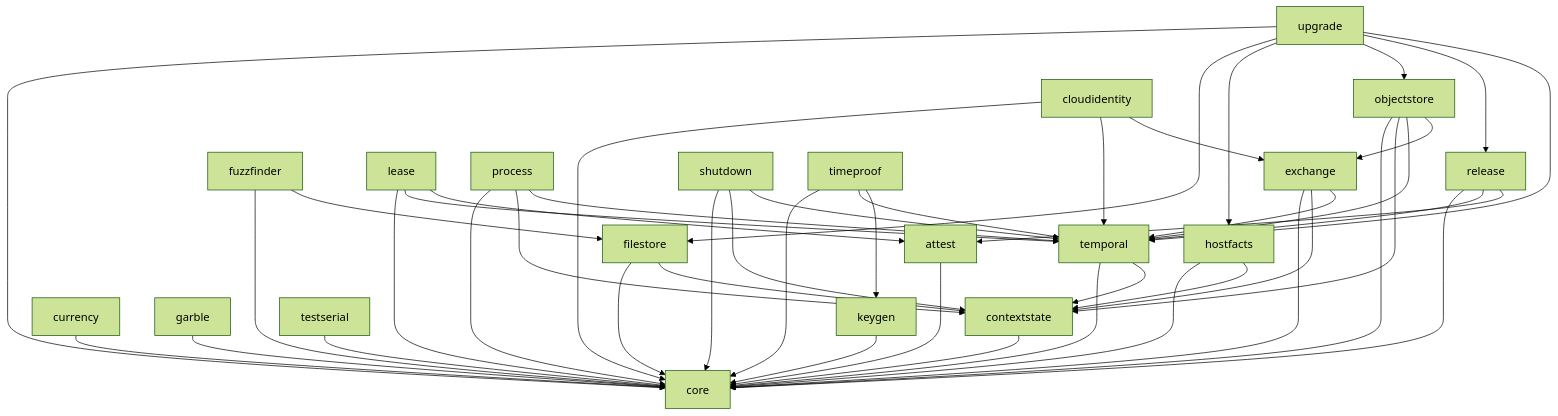
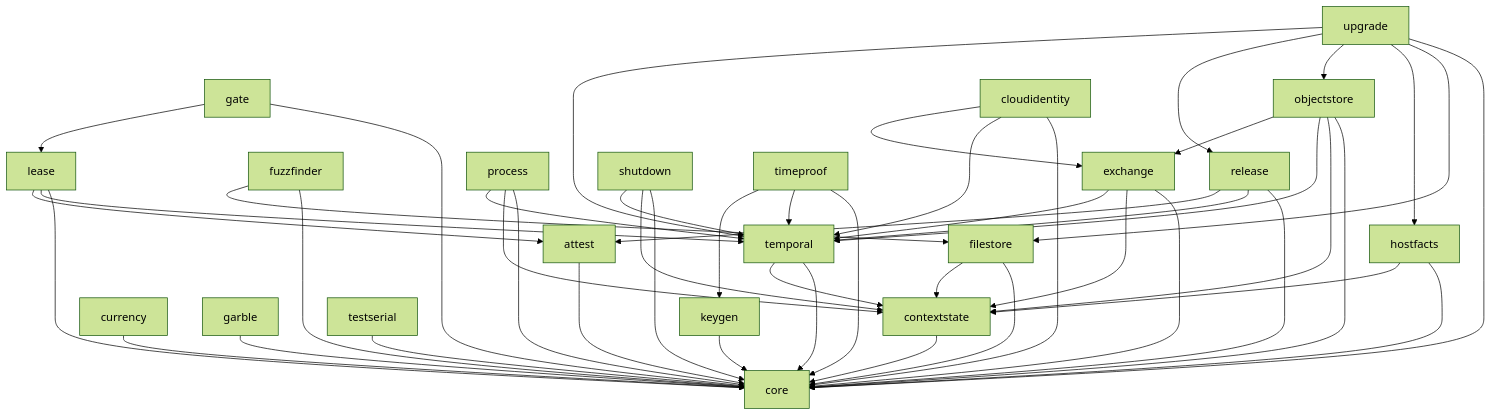
Before and after one commit to deliri/primitive: the diagram in README.md, drawn with Mermaid (forest theme). The commit also changed other lines of this file and 16 other files, not shown here.

Commit message:
Add typed lease gate

````diff
--- a/README.md
+++ b/README.md
@@ -26,54 +26,56 @@
 ```mermaid
 flowchart TD
     core[core]
 
     attest[attest] --> core
     contextstate[contextstate] --> core
     currency[currency] --> core
     garble[garble] --> core
     keygen[keygen] --> core
     testserial[testserial] --> core
 
     filestore[filestore] --> core
     filestore --> contextstate
     hostfacts[hostfacts] --> core
     hostfacts --> contextstate
     temporal[temporal] --> core
     temporal --> contextstate
 
     exchange[exchange] --> core
     exchange --> contextstate
     exchange --> temporal
     fuzzfinder[fuzzfinder] --> core
     fuzzfinder --> filestore
     lease[lease] --> core
     lease --> temporal
     lease --> attest
+    gate[gate] --> core
+    gate --> lease
     process[process] --> core
     process --> contextstate
     process --> temporal
     release[release] --> core
     release --> temporal
     release --> attest
     shutdown[shutdown] --> core
     shutdown --> contextstate
     shutdown --> temporal
 
     objectstore[objectstore] --> core
     objectstore --> contextstate
     objectstore --> temporal
     objectstore --> exchange
     timeproof[timeproof] --> core
     timeproof --> temporal
     timeproof --> keygen
     cloudidentity[cloudidentity] --> core
     cloudidentity --> temporal
     cloudidentity --> exchange
 
     upgrade[upgrade] --> core
     upgrade --> filestore
     upgrade --> hostfacts
     upgrade --> objectstore
     upgrade --> release
     upgrade --> temporal
 ```
````
